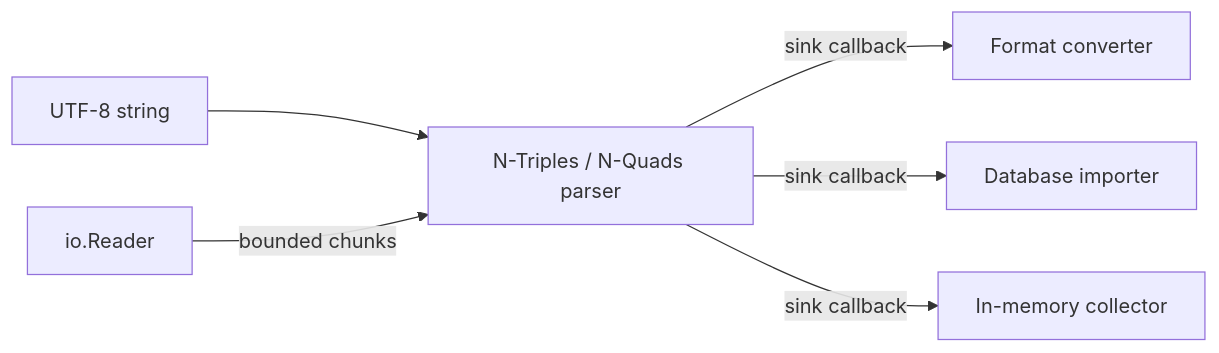
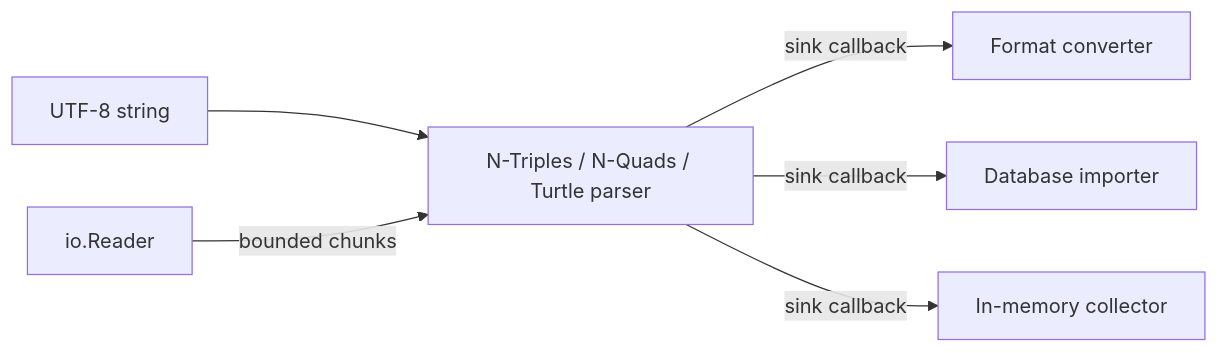
Before and after one commit to crapthings/odin-rdf: the diagram in README.md, drawn with Mermaid. The commit also changed other lines of this file and 22 other files, not shown here.

Commit message:
feat: add conformant Turtle parser (#10)

````diff
--- a/README.md
+++ b/README.md
@@ -33,8 +34,8 @@
 ```mermaid
 flowchart LR
-    Memory[UTF-8 string] --> Parser[N-Triples / N-Quads parser]
+    Memory[UTF-8 string] --> Parser[N-Triples / N-Quads / Turtle parser]
     Reader[io.Reader] -->|bounded chunks| Parser
     Parser -->|sink callback| Converter[Format converter]
     Parser -->|sink callback| Database[Database importer]
     Parser -->|sink callback| Collector[In-memory collector]
 ```
````
